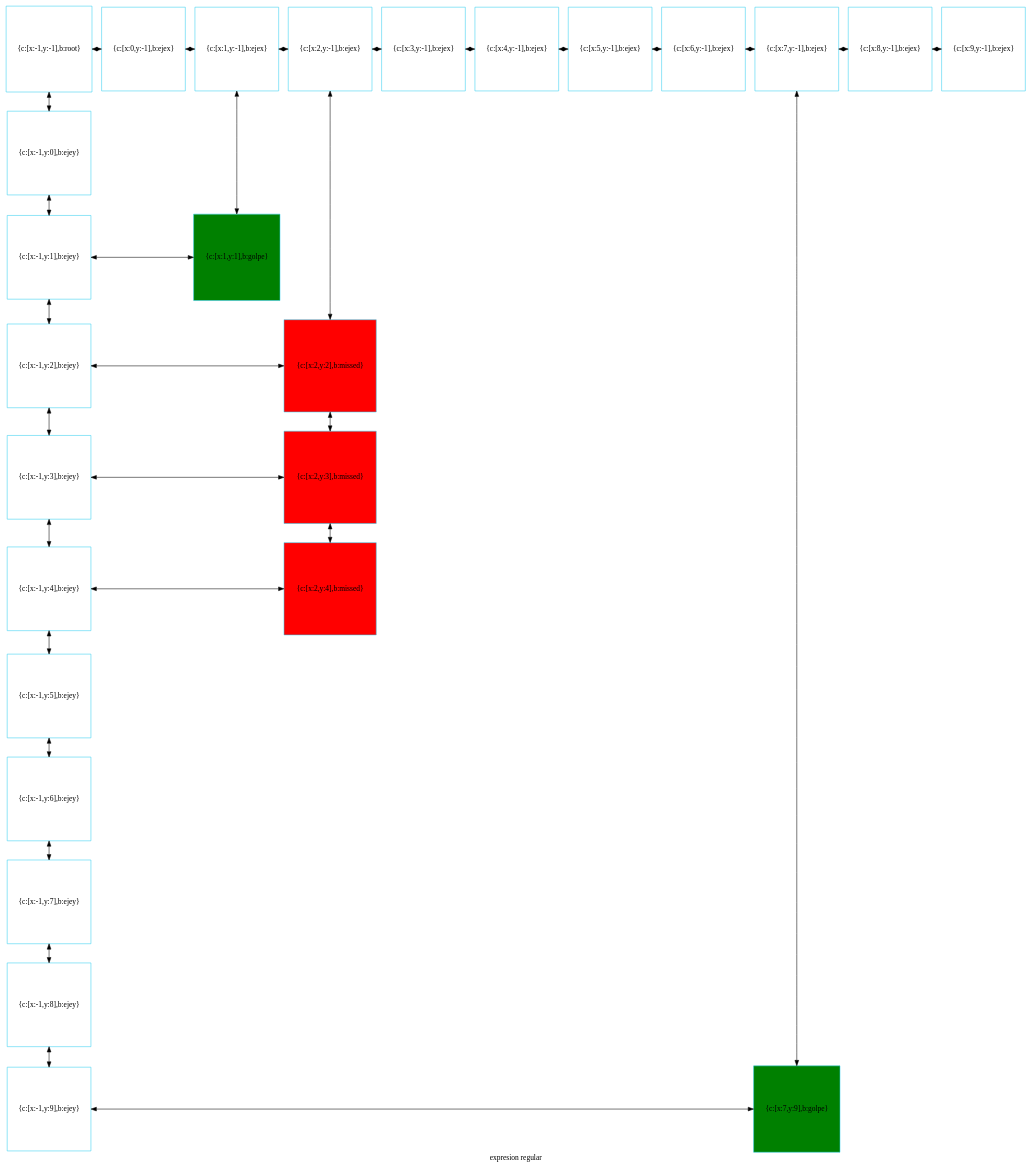
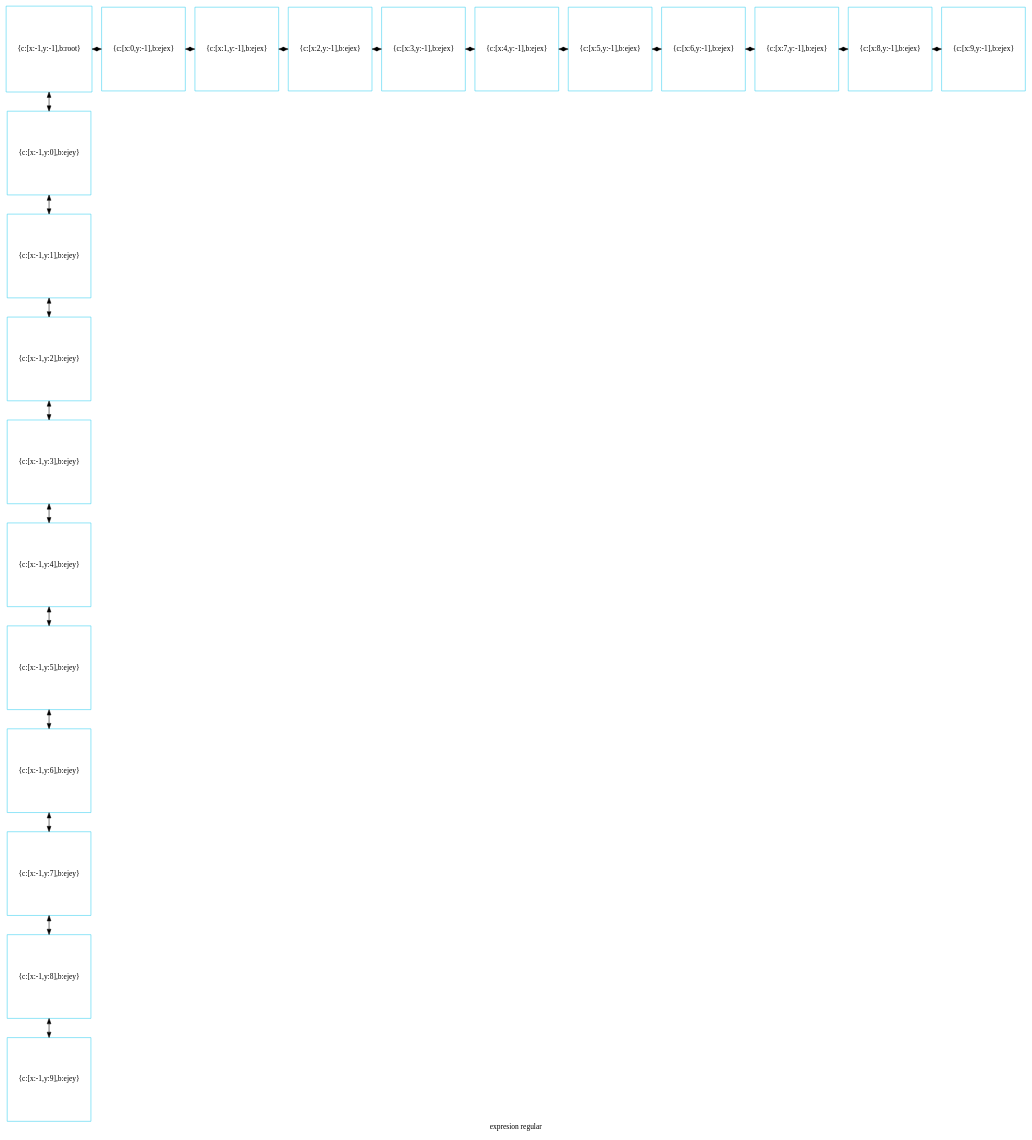
One commit to betebetoven/EDDS2F2 changed the diagram in disp_jug.dot. Above: the diagram before and after it, drawn with Graphviz. The commit also changed 27 other files, not shown here.

```diff
--- a/disp_jug.dot
+++ b/disp_jug.dot
@@ -1,76 +1,61 @@
 digraph G
 {label="expresion regular"
         node[shape = square]
         node[style = filled]
         node[fillcolor = "#EEEEE"]
         node[color = "#EEEEE"]
         node[color = "#31CEF0"]
 
-1654816221424[label="{c:[x:-1,y:-1],b:root}",fillcolor = "white"]
-1654816221568[label="{c:[x:0,y:-1],b:ejex}",fillcolor = "white"]
-1654816221712[label="{c:[x:1,y:-1],b:ejex}",fillcolor = "white"]
-1654816221856[label="{c:[x:2,y:-1],b:ejex}",fillcolor = "white"]
-1654816222000[label="{c:[x:3,y:-1],b:ejex}",fillcolor = "white"]
-1654816222144[label="{c:[x:4,y:-1],b:ejex}",fillcolor = "white"]
-1654816222288[label="{c:[x:5,y:-1],b:ejex}",fillcolor = "white"]
-1654816222432[label="{c:[x:6,y:-1],b:ejex}",fillcolor = "white"]
-1654816222576[label="{c:[x:7,y:-1],b:ejex}",fillcolor = "white"]
-1654816222720[label="{c:[x:8,y:-1],b:ejex}",fillcolor = "white"]
-1654816222864[label="{c:[x:9,y:-1],b:ejex}",fillcolor = "white"]
-1654816223008[label="{c:[x:-1,y:0],b:ejey}",fillcolor = "white"]
-1654816223152[label="{c:[x:-1,y:1],b:ejey}",fillcolor = "white"]
-1654816010400[label="{c:[x:1,y:1],b:golpe}",fillcolor = "green"]
-1654816223296[label="{c:[x:-1,y:2],b:ejey}",fillcolor = "white"]
-1654816299648[label="{c:[x:2,y:2],b:missed}",fillcolor = "red"]
-1654816223440[label="{c:[x:-1,y:3],b:ejey}",fillcolor = "white"]
-1654816296960[label="{c:[x:2,y:3],b:missed}",fillcolor = "red"]
-1654816223584[label="{c:[x:-1,y:4],b:ejey}",fillcolor = "white"]
-1654816297296[label="{c:[x:2,y:4],b:missed}",fillcolor = "red"]
-1654816223728[label="{c:[x:-1,y:5],b:ejey}",fillcolor = "white"]
-1654816223872[label="{c:[x:-1,y:6],b:ejey}",fillcolor = "white"]
-1654816224016[label="{c:[x:-1,y:7],b:ejey}",fillcolor = "white"]
-1654816224160[label="{c:[x:-1,y:8],b:ejey}",fillcolor = "white"]
-1654816224304[label="{c:[x:-1,y:9],b:ejey}",fillcolor = "white"]
-1654816008000[label="{c:[x:7,y:9],b:golpe}",fillcolor = "green"]
-1654816221424->1654816223008[dir = both];
-1654816223008->1654816223152[dir = both];
-1654816223152->1654816223296[dir = both];
-1654816223296->1654816223440[dir = both];
-1654816223440->1654816223584[dir = both];
-1654816223584->1654816223728[dir = both];
-1654816223728->1654816223872[dir = both];
-1654816223872->1654816224016[dir = both];
-1654816224016->1654816224160[dir = both];
-1654816224160->1654816224304[dir = both];
-1654816221712->1654816010400[dir = both];
-1654816221856->1654816299648[dir = both];
-1654816299648->1654816296960[dir = both];
-1654816296960->1654816297296[dir = both];
-1654816222576->1654816008000[dir = both];
-1654816221424->1654816221568[dir = both];
-1654816221568->1654816221712[dir = both];
-1654816221712->1654816221856[dir = both];
-1654816221856->1654816222000[dir = both];
-1654816222000->1654816222144[dir = both];
-1654816222144->1654816222288[dir = both];
-1654816222288->1654816222432[dir = both];
-1654816222432->1654816222576[dir = both];
-1654816222576->1654816222720[dir = both];
-1654816222720->1654816222864[dir = both];
-1654816223152->1654816010400[constraint=false,dir = both];
-1654816223296->1654816299648[constraint=false,dir = both];
-1654816223440->1654816296960[constraint=false,dir = both];
-1654816223584->1654816297296[constraint=false,dir = both];
-1654816224304->1654816008000[constraint=false,dir = both];
- {rank=same; 1654816221424;1654816221568;1654816221712;1654816221856;1654816222000;1654816222144;1654816222288;1654816222432;1654816222576;1654816222720;1654816222864;}
- {rank=same; 1654816223008;}
- {rank=same; 1654816223152;1654816010400;}
- {rank=same; 1654816223296;1654816299648;}
- {rank=same; 1654816223440;1654816296960;}
- {rank=same; 1654816223584;1654816297296;}
- {rank=same; 1654816223728;}
- {rank=same; 1654816223872;}
- {rank=same; 1654816224016;}
- {rank=same; 1654816224160;}
- {rank=same; 1654816224304;1654816008000;}
+2268186073008[label="{c:[x:-1,y:-1],b:root}",fillcolor = "white"]
+2268186073152[label="{c:[x:0,y:-1],b:ejex}",fillcolor = "white"]
+2268186073296[label="{c:[x:1,y:-1],b:ejex}",fillcolor = "white"]
+2268186073440[label="{c:[x:2,y:-1],b:ejex}",fillcolor = "white"]
+2268186073584[label="{c:[x:3,y:-1],b:ejex}",fillcolor = "white"]
+2268186073728[label="{c:[x:4,y:-1],b:ejex}",fillcolor = "white"]
+2268186073872[label="{c:[x:5,y:-1],b:ejex}",fillcolor = "white"]
+2268186074016[label="{c:[x:6,y:-1],b:ejex}",fillcolor = "white"]
+2268186074160[label="{c:[x:7,y:-1],b:ejex}",fillcolor = "white"]
+2268186074304[label="{c:[x:8,y:-1],b:ejex}",fillcolor = "white"]
+2268186074448[label="{c:[x:9,y:-1],b:ejex}",fillcolor = "white"]
+2268186074592[label="{c:[x:-1,y:0],b:ejey}",fillcolor = "white"]
+2268186074736[label="{c:[x:-1,y:1],b:ejey}",fillcolor = "white"]
+2268186074880[label="{c:[x:-1,y:2],b:ejey}",fillcolor = "white"]
+2268186075024[label="{c:[x:-1,y:3],b:ejey}",fillcolor = "white"]
+2268186075168[label="{c:[x:-1,y:4],b:ejey}",fillcolor = "white"]
+2268186075312[label="{c:[x:-1,y:5],b:ejey}",fillcolor = "white"]
+2268186075456[label="{c:[x:-1,y:6],b:ejey}",fillcolor = "white"]
+2268186075600[label="{c:[x:-1,y:7],b:ejey}",fillcolor = "white"]
+2268186075744[label="{c:[x:-1,y:8],b:ejey}",fillcolor = "white"]
+2268186075888[label="{c:[x:-1,y:9],b:ejey}",fillcolor = "white"]
+2268186073008->2268186074592[dir = both];
+2268186074592->2268186074736[dir = both];
+2268186074736->2268186074880[dir = both];
+2268186074880->2268186075024[dir = both];
+2268186075024->2268186075168[dir = both];
+2268186075168->2268186075312[dir = both];
+2268186075312->2268186075456[dir = both];
+2268186075456->2268186075600[dir = both];
+2268186075600->2268186075744[dir = both];
+2268186075744->2268186075888[dir = both];
+2268186073008->2268186073152[dir = both];
+2268186073152->2268186073296[dir = both];
+2268186073296->2268186073440[dir = both];
+2268186073440->2268186073584[dir = both];
+2268186073584->2268186073728[dir = both];
+2268186073728->2268186073872[dir = both];
+2268186073872->2268186074016[dir = both];
+2268186074016->2268186074160[dir = both];
+2268186074160->2268186074304[dir = both];
+2268186074304->2268186074448[dir = both];
+ {rank=same; 2268186073008;2268186073152;2268186073296;2268186073440;2268186073584;2268186073728;2268186073872;2268186074016;2268186074160;2268186074304;2268186074448;}
+ {rank=same; 2268186074592;}
+ {rank=same; 2268186074736;}
+ {rank=same; 2268186074880;}
+ {rank=same; 2268186075024;}
+ {rank=same; 2268186075168;}
+ {rank=same; 2268186075312;}
+ {rank=same; 2268186075456;}
+ {rank=same; 2268186075600;}
+ {rank=same; 2268186075744;}
+ {rank=same; 2268186075888;}
 }
```
